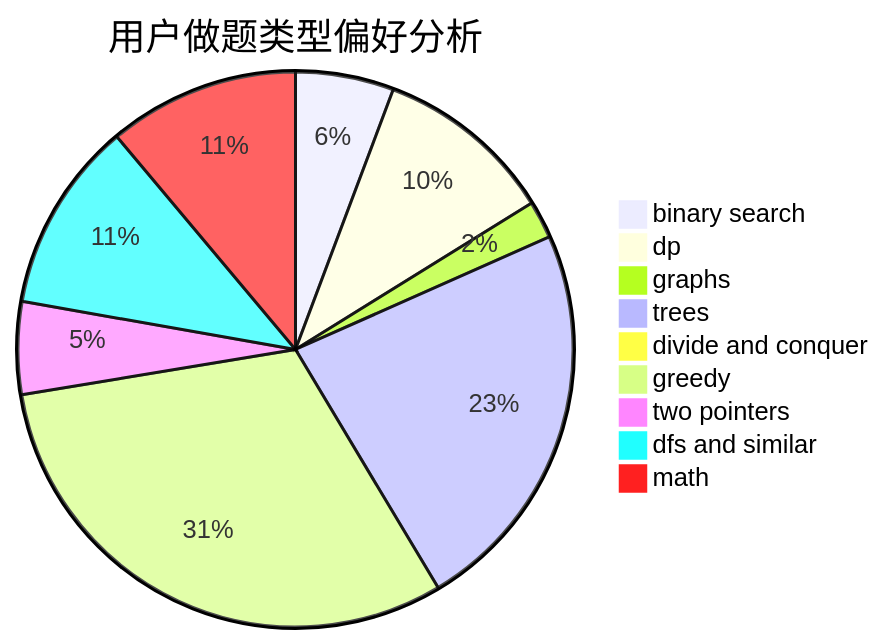
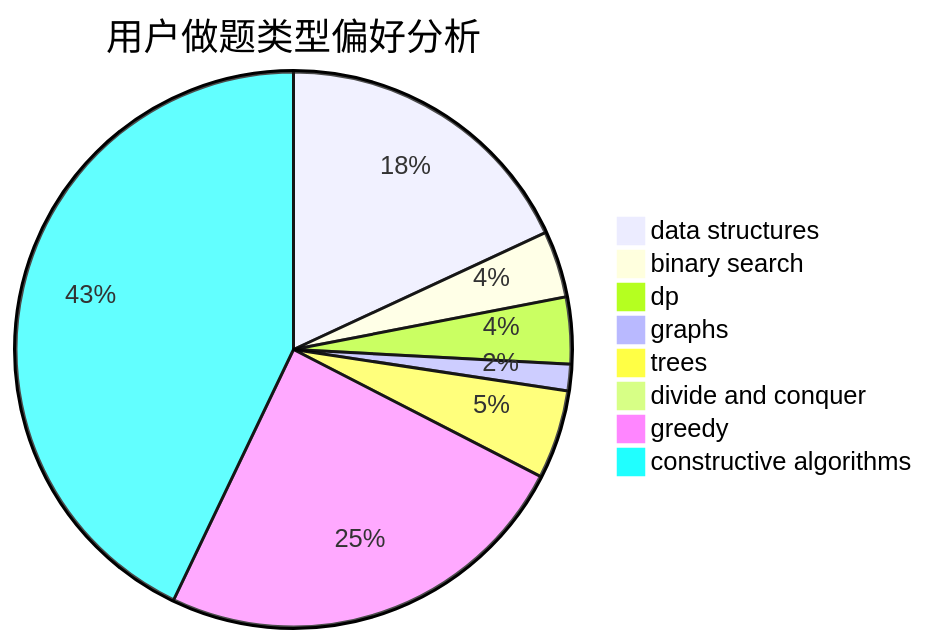
The second of 3 diagrams in docs/user/u1141.md (sherpahu/cfrs.github.io), drawn with Mermaid before and after one commit. The commit also changed other lines of this file and 2775 other files, not shown here.

````diff
--- a/docs/user/u1141.md
+++ b/docs/user/u1141.md
@@ -23,12 +23,11 @@
 ```mermaid
 pie title 用户做题类型偏好分析
-    "binary search" :  34
-    "dp" :  62
-    "graphs" :  13
-    "trees" :  137
+    "data structures" :  70
+    "binary search" :  15
+    "dp" :  15
+    "graphs" :  6
+    "trees" :  20
     "divide and conquer" :  0
-    "greedy" :  184
-    "two pointers" :  32
-    "dfs and similar" :  66
-    "math" :  66
+    "greedy" :  95
+    "constructive algorithms" :  166
 ```
````
